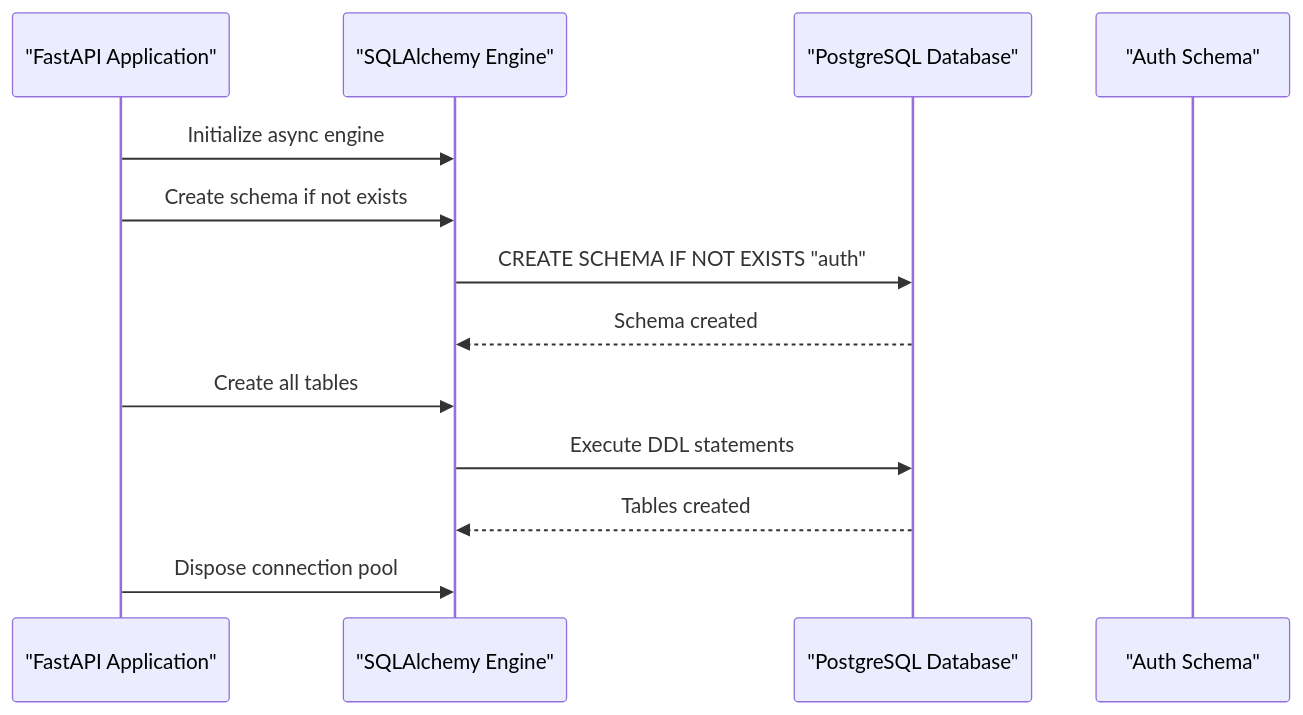
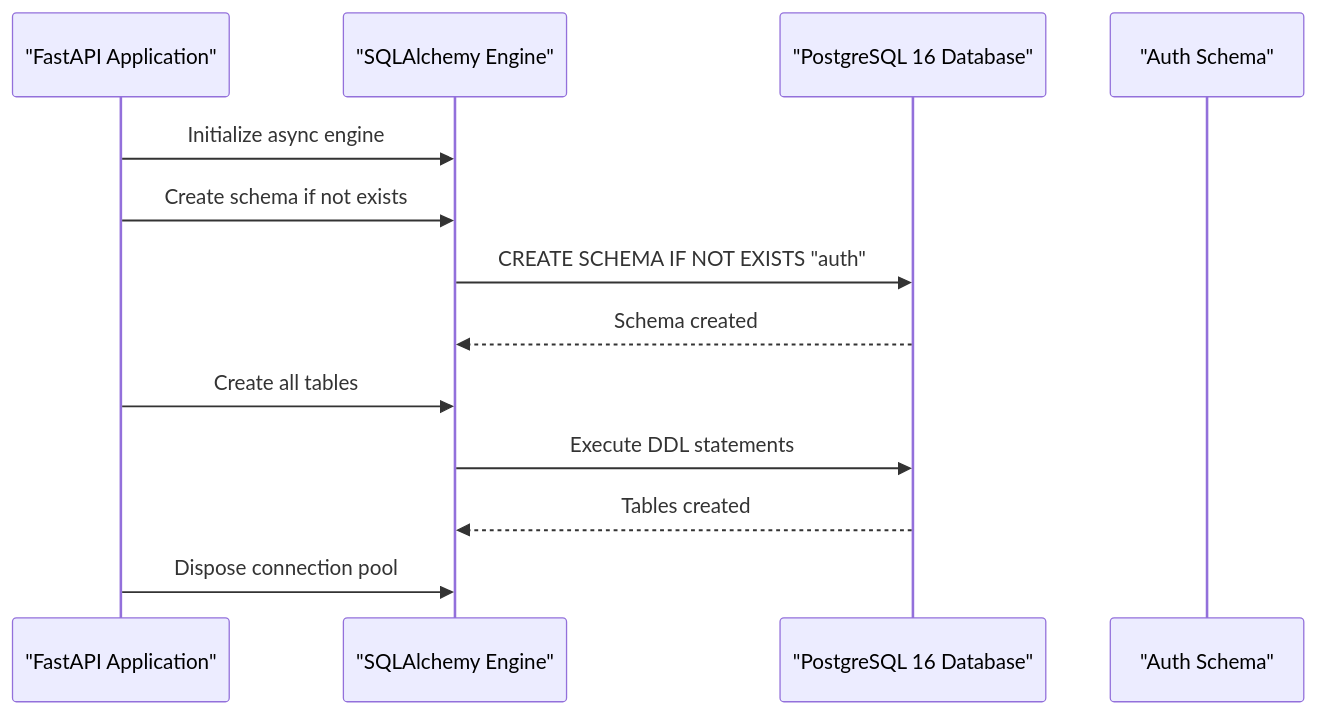
The fourth of 7 diagrams in .qoder/repowiki/en/content/Testing and Deployment/Deployment and Containerization.md (srikant-panda/auth-service), drawn with Mermaid before and after one commit. The commit also changed other lines of this file and 7 other files, not shown here.

````diff
--- a/.qoder/repowiki/en/content/Testing and Deployment/Deployment and Containerization.md
+++ b/.qoder/repowiki/en/content/Testing and Deployment/Deployment and Containerization.md
@@ -156,15 +205,15 @@
 ```mermaid
 sequenceDiagram
 participant App as "FastAPI Application"
 participant Engine as "SQLAlchemy Engine"
-participant DB as "PostgreSQL Database"
+participant DB as "PostgreSQL 16 Database"
 participant Schema as "Auth Schema"
 App->>Engine : Initialize async engine
 App->>Engine : Create schema if not exists
 Engine->>DB : CREATE SCHEMA IF NOT EXISTS "auth"
 DB-->>Engine : Schema created
 App->>Engine : Create all tables
 Engine->>DB : Execute DDL statements
 DB-->>Engine : Tables created
 App->>Engine : Dispose connection pool
 ```
````
